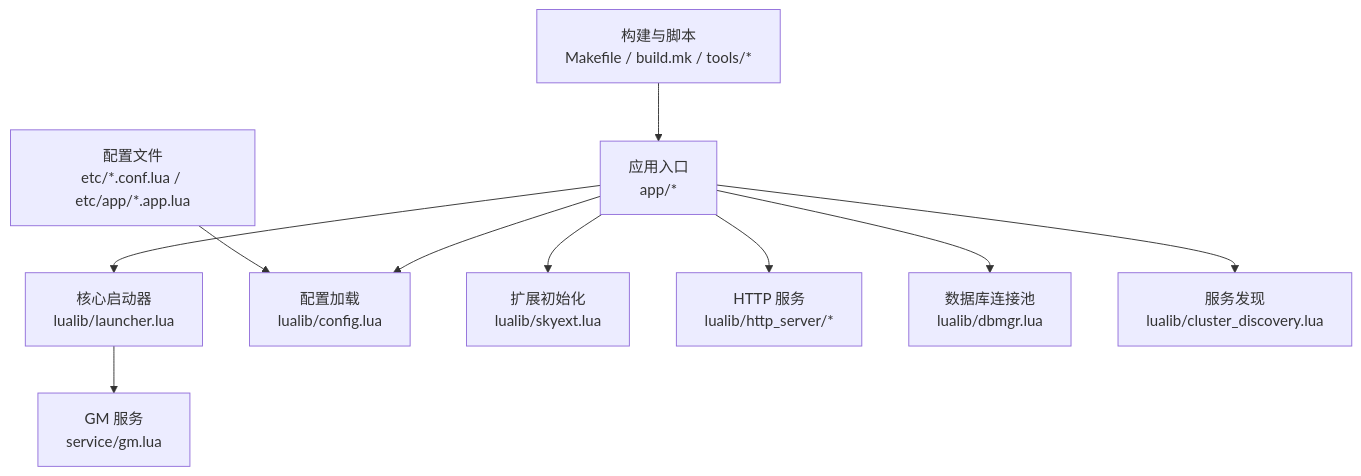
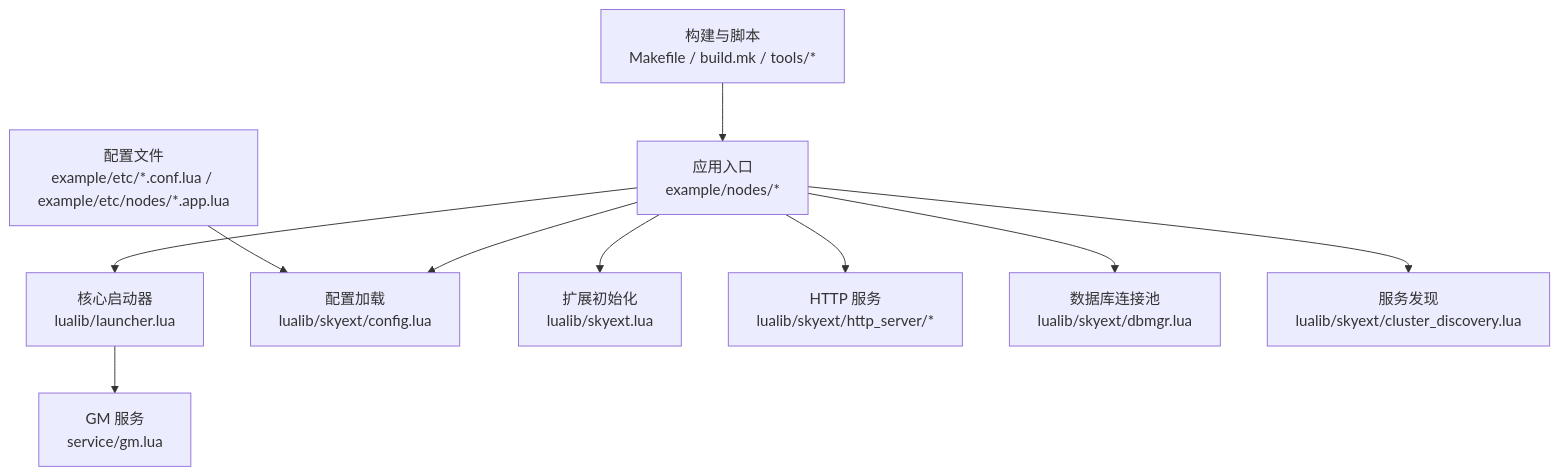
Before and after one commit to hanxi/skyext: the first of 7 diagrams in docs/repowiki/zh/content/开发指南.md, drawn with Mermaid. The commit also changed other lines of this file and 117 other files, not shown here.

````diff
--- a/docs/repowiki/zh/content/开发指南.md
+++ b/docs/repowiki/zh/content/开发指南.md
@@ -49,12 +49,12 @@
 ```mermaid
 graph TB
-A["应用入口<br/>app/*"] --> B["核心启动器<br/>lualib/launcher.lua"]
-A --> C["配置加载<br/>lualib/config.lua"]
+A["应用入口<br/>example/nodes/*"] --> B["核心启动器<br/>lualib/launcher.lua"]
+A --> C["配置加载<br/>lualib/skyext/config.lua"]
 A --> D["扩展初始化<br/>lualib/skyext.lua"]
 B --> E["GM 服务<br/>service/gm.lua"]
-A --> F["HTTP 服务<br/>lualib/http_server/*"]
-A --> G["数据库连接池<br/>lualib/dbmgr.lua"]
-A --> H["服务发现<br/>lualib/cluster_discovery.lua"]
-I["配置文件<br/>etc/*.conf.lua / etc/app/*.app.lua"] --> C
+A --> F["HTTP 服务<br/>lualib/skyext/http_server/*"]
+A --> G["数据库连接池<br/>lualib/skyext/dbmgr.lua"]
+A --> H["服务发现<br/>lualib/skyext/cluster_discovery.lua"]
+I["配置文件<br/>example/etc/*.conf.lua / example/etc/nodes/*.app.lua"] --> C
 J["构建与脚本<br/>Makefile / build.mk / tools/*"] --> A
 ```
````
